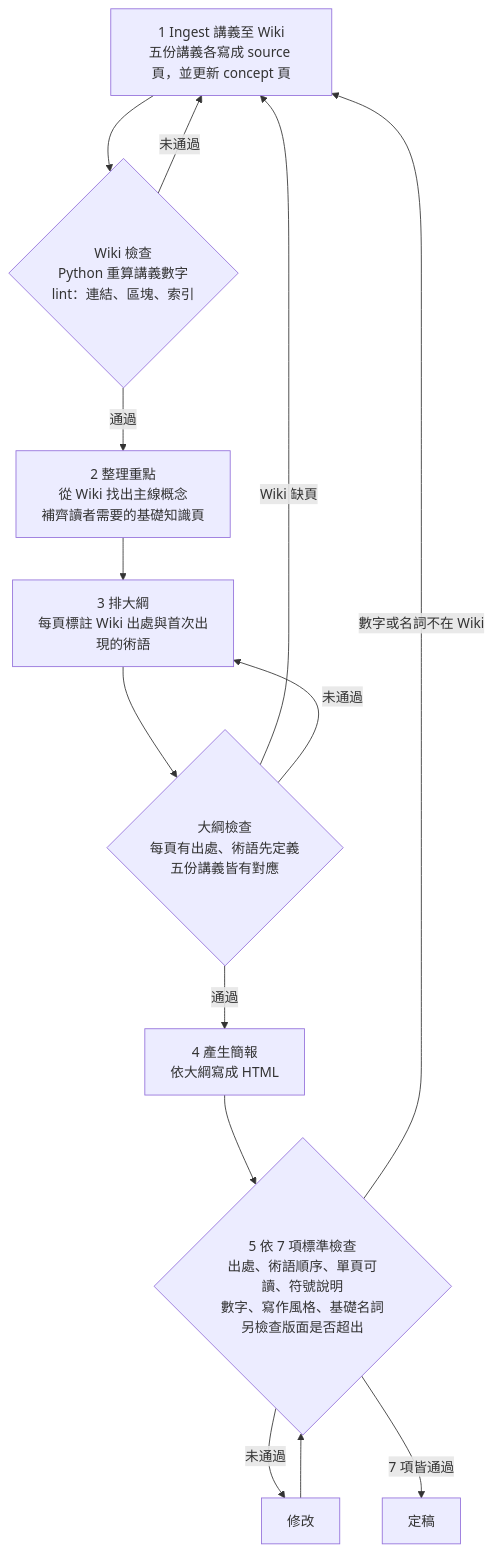
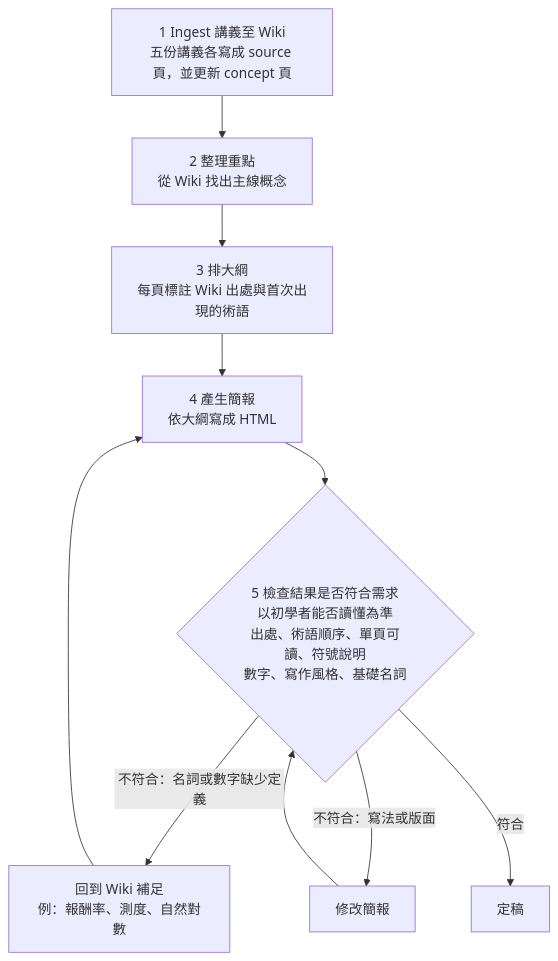
Before and after one commit to shannon2561/FE-Wiki-Slide: the diagram in option-slides/docs/03-workflow.md, drawn with Mermaid. The commit also changed other lines of this file, not shown here.

Commit message:
流程圖改為檢查結果是否符合需求，不符合則回到 Wiki 補足

````diff
--- a/option-slides/docs/03-workflow.md
+++ b/option-slides/docs/03-workflow.md
@@ -5,16 +5,12 @@
 ```mermaid
 flowchart TD
-    N1["1 Ingest 講義至 Wiki<br/>五份講義各寫成 source 頁，並更新 concept 頁"] --> K1{"Wiki 檢查<br/>Python 重算講義數字<br/>lint：連結、區塊、索引"}
-    K1 -- 未通過 --> N1
-    K1 -- 通過 --> N2["2 整理重點<br/>從 Wiki 找出主線概念<br/>補齊讀者需要的基礎知識頁"]
+    N1["1 Ingest 講義至 Wiki<br/>五份講義各寫成 source 頁，並更新 concept 頁"] --> N2["2 整理重點<br/>從 Wiki 找出主線概念"]
     N2 --> N3["3 排大綱<br/>每頁標註 Wiki 出處與首次出現的術語"]
-    N3 --> K3{"大綱檢查<br/>每頁有出處、術語先定義<br/>五份講義皆有對應"}
-    K3 -- Wiki 缺頁 --> N1
-    K3 -- 未通過 --> N3
-    K3 -- 通過 --> N4["4 產生簡報<br/>依大綱寫成 HTML"]
-    N4 --> K4{"5 依 7 項標準檢查<br/>出處、術語順序、單頁可讀、符號說明<br/>數字、寫作風格、基礎名詞<br/>另檢查版面是否超出"}
-    K4 -- 未通過 --> F4["修改"]
-    F4 --> K4
-    K4 -- 數字或名詞不在 Wiki --> N1
-    K4 -- 7 項皆通過 --> D["定稿"]
+    N3 --> N4["4 產生簡報<br/>依大綱寫成 HTML"]
+    N4 --> K5{"5 檢查結果是否符合需求<br/>以初學者能否讀懂為準<br/>出處、術語順序、單頁可讀、符號說明<br/>數字、寫作風格、基礎名詞"}
+    K5 -- 不符合：名詞或數字缺少定義 --> B["回到 Wiki 補足<br/>例：報酬率、測度、自然對數"]
+    B --> N4
+    K5 -- 不符合：寫法或版面 --> F["修改簡報"]
+    F --> K5
+    K5 -- 符合 --> D["定稿"]
 ```
````
